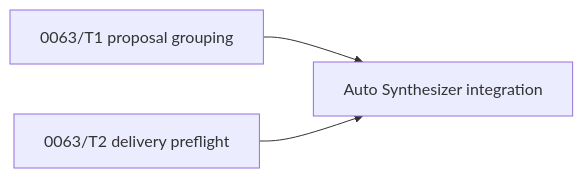
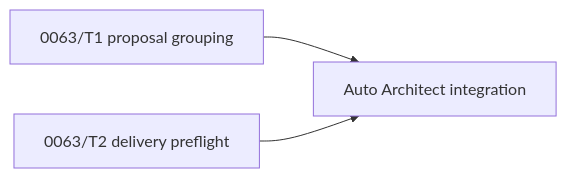
One commit to Curry09/AHE-Beta changed the diagram in docs/specs/0063-lightweight-delivery-preflight.md. Above: the diagram before and after it, drawn with Mermaid. The commit also changed other lines of this file and 780 other files, not shown here.

Commit message:
refactor: align AHE-Beta branding and Architect naming (#75)

````diff
--- a/docs/specs/0063-lightweight-delivery-preflight.md
+++ b/docs/specs/0063-lightweight-delivery-preflight.md
@@ -115,5 +115,5 @@
 ```mermaid
 flowchart LR
-    T1[0063/T1 proposal grouping] --> I[Auto Synthesizer integration]
+    T1[0063/T1 proposal grouping] --> I[Auto Architect integration]
     T2[0063/T2 delivery preflight] --> I
 ```
````
